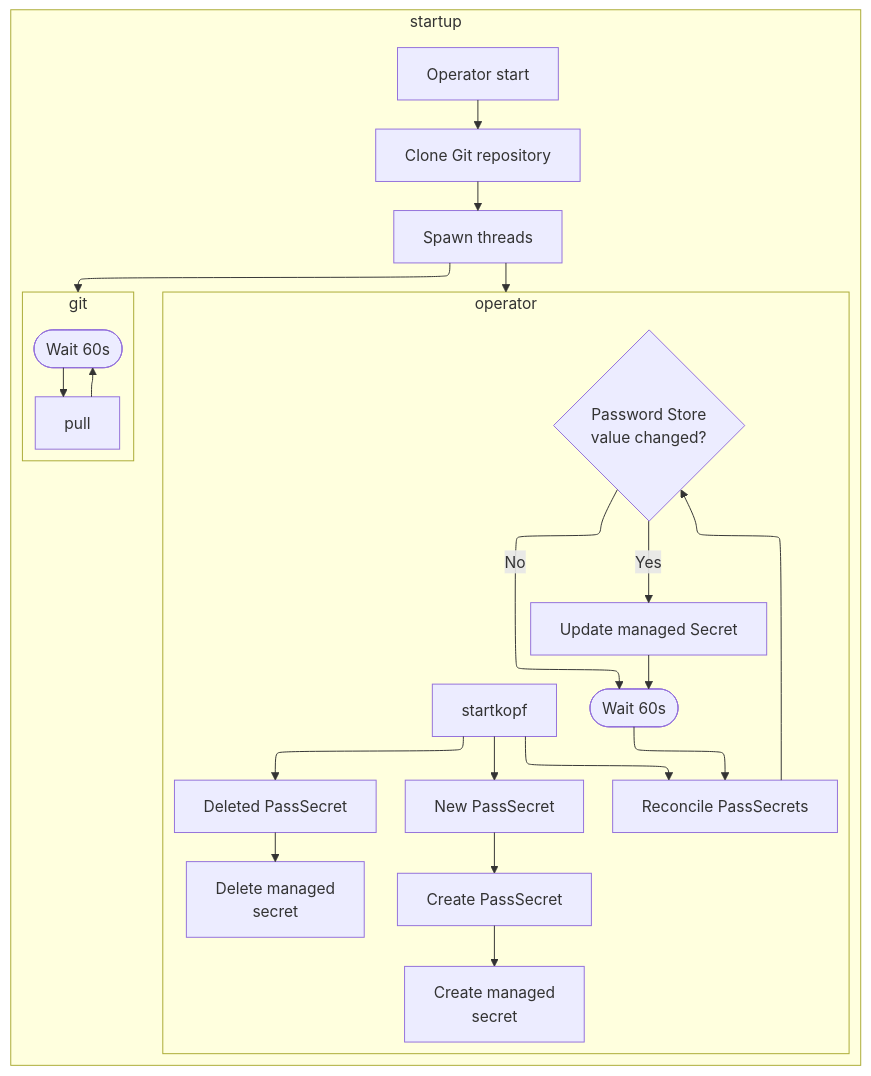
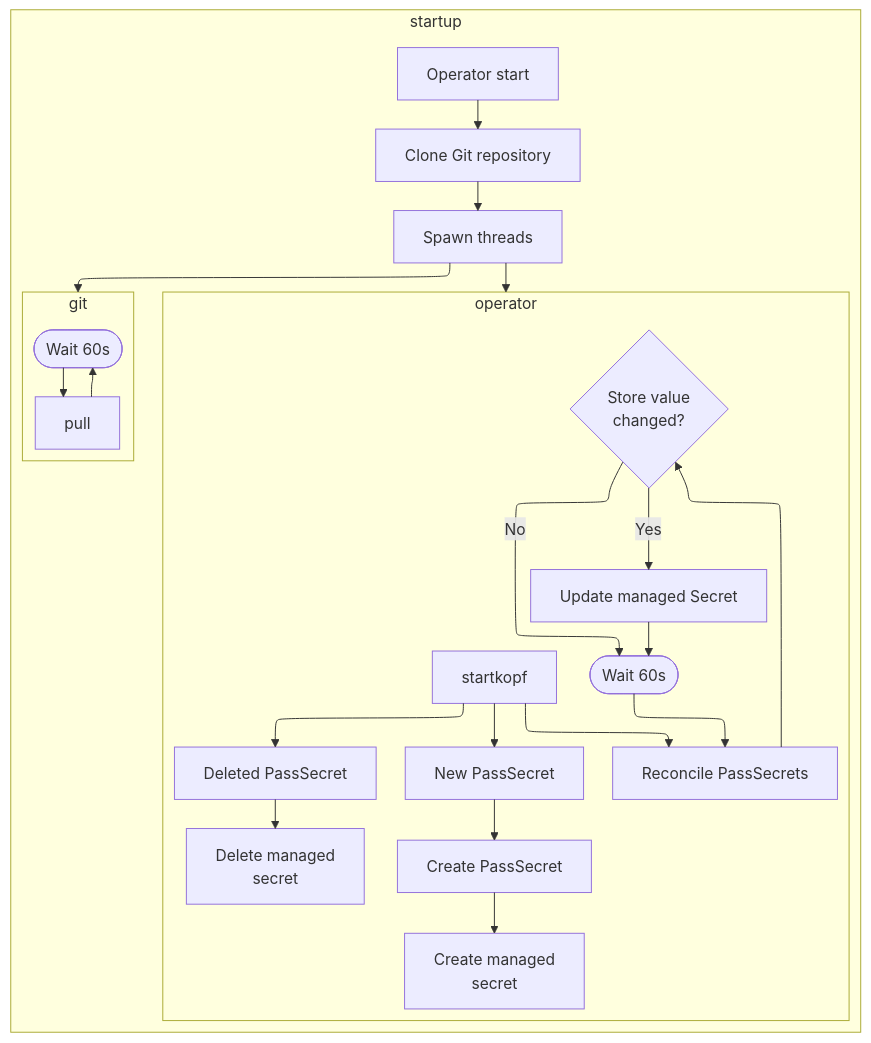
Before and after one commit to premiscale/pass-operator: the diagram in README.md, drawn with Mermaid.

Commit message:
PASS-22: Not uber thrilled by this approach

````diff
--- a/README.md
+++ b/README.md
@@ -50,19 +50,19 @@
 ```mermaid
 %%{init: {"flowchart": {"defaultRenderer": "elk"}} }%%
 flowchart TD
     subgraph startup
         start[Operator start] --> clone[Clone Git repository]
         clone --> threads[Spawn threads]
         threads --> operator
         threads --> git
     end
     subgraph operator
-        startkopf --> reconcile[Reconcile PassSecrets] --> storevaluechanged{Password Store<br>value changed?} -->|Yes| update[Update managed Secret] --> reconcilewait([Wait 60s]) --> reconcile
+        startkopf --> reconcile[Reconcile PassSecrets] --> storevaluechanged{Store value<br>changed?} -->|Yes| update[Update managed Secret] --> reconcilewait([Wait 60s]) --> reconcile
         storevaluechanged -->|No| reconcilewait
         startkopf --> new[New PassSecret] --> create[Create PassSecret] --> createms[Create managed<br>secret]
         startkopf --> delete[Deleted PassSecret] --> deletems[Delete managed<br>secret]
     end
     subgraph git
         pull --> wait([Wait 60s]) --> pull
     end
 ```
````
